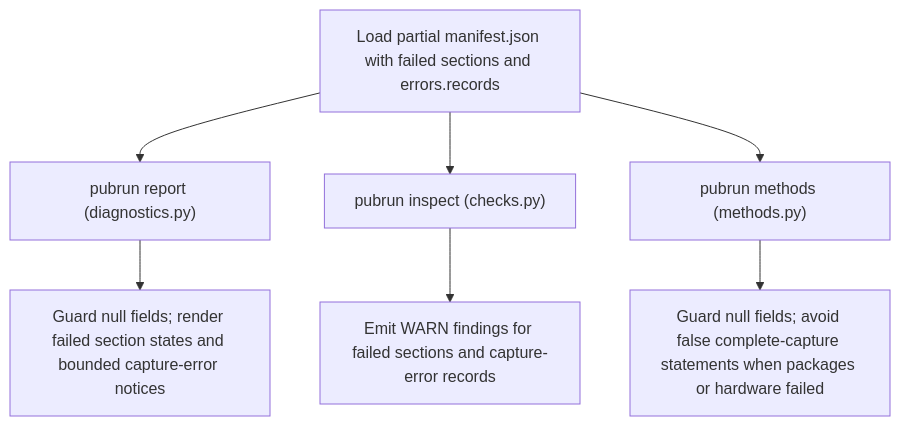
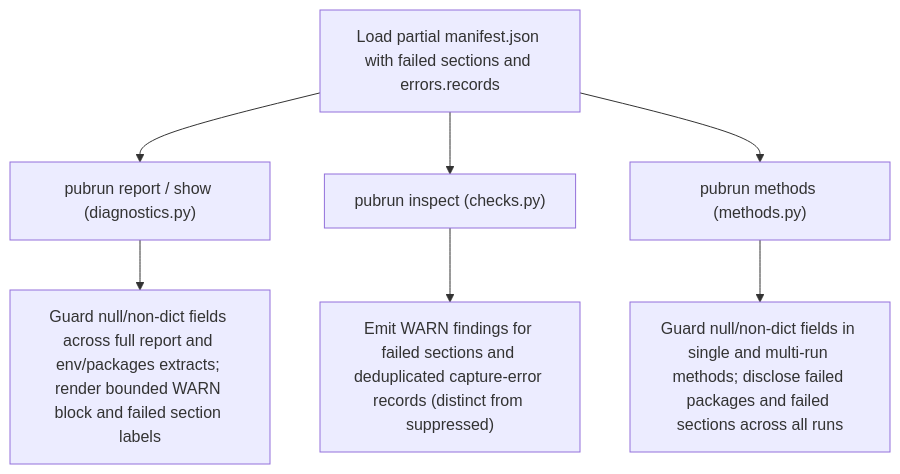
The first of 2 diagrams in .aw/records/plans/pending/20261121-cap-isolation-03-26euz0-partial-manifest-diagnostics-inspect-findings-and-methods-ho.ipd.md (fariello/pubrun), drawn with Mermaid before and after one commit. The commit also changed other lines of this file and 1 other file, not shown here.

````diff
--- a/.aw/records/plans/pending/20261121-cap-isolation-03-26euz0-partial-manifest-diagnostics-inspect-findings-and-methods-ho.ipd.md
+++ b/.aw/records/plans/pending/20261121-cap-isolation-03-26euz0-partial-manifest-diagnostics-inspect-findings-and-methods-ho.ipd.md
@@ -36,9 +39,9 @@
 ```mermaid
 flowchart TD
-    A["Load partial manifest.json with failed sections and errors.records"] --> B["pubrun report (diagnostics.py)"]
+    A["Load partial manifest.json with failed sections and errors.records"] --> B["pubrun report / show (diagnostics.py)"]
     A --> C["pubrun inspect (checks.py)"]
     A --> D["pubrun methods (methods.py)"]
-    B --> B1["Guard null fields; render failed section states and bounded capture-error notices"]
-    C --> C1["Emit WARN findings for failed sections and capture-error records"]
-    D --> D1["Guard null fields; avoid false complete-capture statements when packages or hardware failed"]
+    B --> B1["Guard null/non-dict fields across full report and env/packages extracts; render bounded WARN block and failed section labels"]
+    C --> C1["Emit WARN findings for failed sections and deduplicated capture-error records (distinct from suppressed)"]
+    D --> D1["Guard null/non-dict fields in single and multi-run methods; disclose failed packages and failed sections across all runs"]
 ```
````
